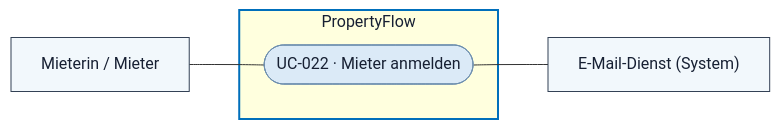
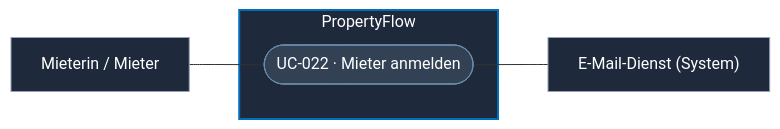
Before and after one commit to permarco/propertyflow: the diagram in docs/use_cases/UC-022-mieter-anmelden.md, drawn with Mermaid. The commit also changed 67 other files, not shown here.

````diff
--- a/docs/use_cases/UC-022-mieter-anmelden.md
+++ b/docs/use_cases/UC-022-mieter-anmelden.md
@@ -12,15 +12,15 @@
 ```mermaid
 flowchart LR
 AKTEUR["Mieterin / Mieter"]:::participant
 MAIL["E-Mail-Dienst (System)"]:::participant
 
 subgraph PF["PropertyFlow"]
     UC(["UC-022 · Mieter anmelden"]):::goal
 end
 
 AKTEUR --- UC
 UC --- MAIL
-classDef participant fill:#f2f8fc,stroke:#334155,color:#172033
-classDef goal fill:#dbeaf7,stroke:#6d8eae,color:#172033
-style PF stroke:#006fbb,stroke-width:2px,color:#172033
+classDef participant fill:#1e293b,stroke:#94a3b8,color:#ffffff
+classDef goal fill:#334155,stroke:#6d8eae,color:#ffffff
+style PF fill:#1e293b,stroke:#006fbb,stroke-width:2px,color:#ffffff
 ```
````
